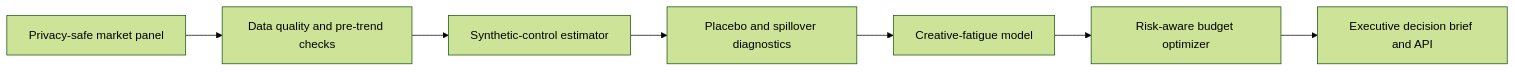
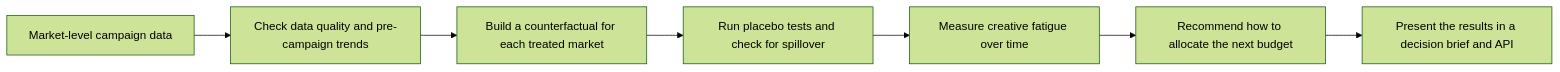
One commit to CassandraMaldonado/BrandLift_lab changed the diagram in README.md. Above: the diagram before and after it, drawn with Mermaid (forest theme).

````diff
--- a/README.md
+++ b/README.md
@@ -43,9 +43,9 @@
 ```mermaid
 flowchart LR
-    A["Privacy-safe market panel"] --> Q["Data quality and pre-trend checks"]
-    Q --> S["Synthetic-control estimator"]
-    S --> P["Placebo and spillover diagnostics"]
-    P --> F["Creative-fatigue model"]
-    F --> O["Risk-aware budget optimizer"]
-    O --> D["Executive decision brief and API"]
+    A["Market-level campaign data"] --> Q["Check data quality and pre-campaign trends"]
+    Q --> S["Build a counterfactual for each treated market"]
+    S --> P["Run placebo tests and check for spillover"]
+    P --> F["Measure creative fatigue over time"]
+    F --> O["Recommend how to allocate the next budget"]
+    O --> D["Present the results in a decision brief and API"]
 ```
````
